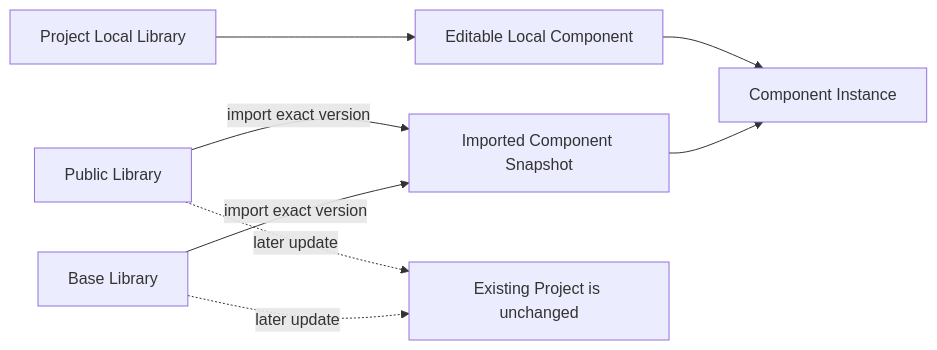
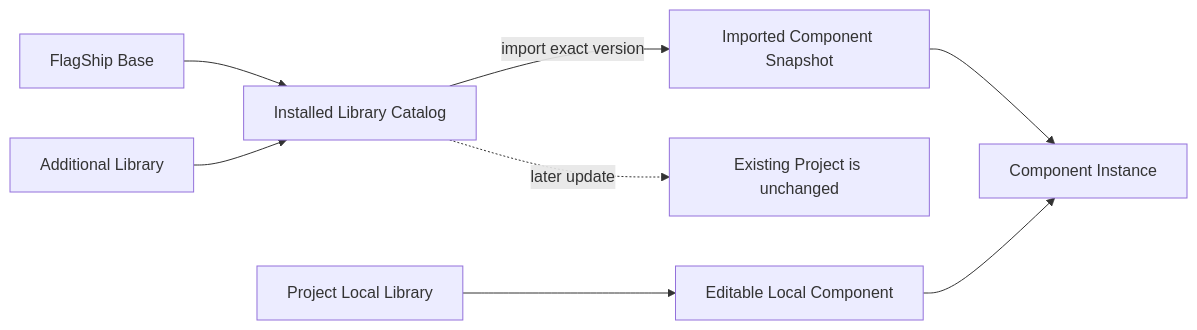
Before and after one commit to northwest-hcu/FlagShip: the fourth of 8 diagrams in docs/architecture/02-core-principles.md, drawn with Mermaid. The commit also changed other lines of this file and 24 other files, not shown here.

````diff
--- a/docs/architecture/02-core-principles.md
+++ b/docs/architecture/02-core-principles.md
@@ -254,10 +254,10 @@
 ```mermaid
 flowchart LR
-    Base["Base Library"] -->|"import exact version"| Asset["Imported Component Snapshot"]
-    Public["Public Library"] -->|"import exact version"| Asset
+    Base["FlagShip Base"] --> Catalog["Installed Library Catalog"]
+    Public["Additional Library"] --> Catalog
+    Catalog -->|"import exact version"| Asset["Imported Component Snapshot"]
     Local["Project Local Library"] --> LocalAsset["Editable Local Component"]
     Asset --> Instance["Component Instance"]
     LocalAsset --> Instance
-    Base -.->|"later update"| NoChange["Existing Project is unchanged"]
-    Public -.->|"later update"| NoChange
+    Catalog -.->|"later update"| NoChange["Existing Project is unchanged"]
 ```
````
